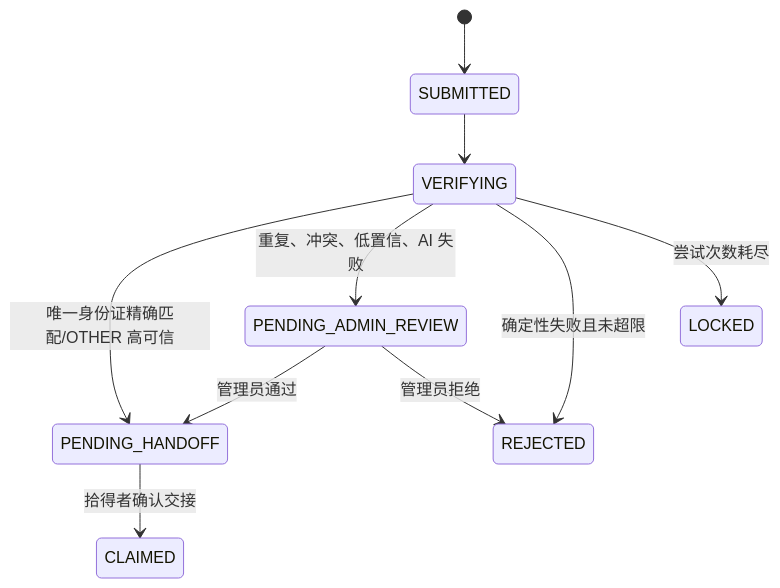
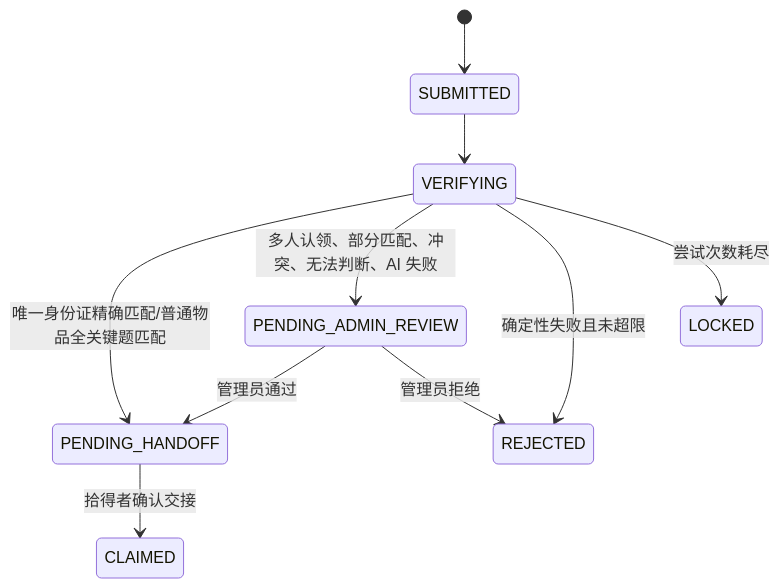
The tenth of 11 diagrams in docs/design/end-to-end-system-design.md (xushengyu1/day56-submission), drawn with Mermaid before and after one commit. The commit also changed other lines of this file and 30 other files, not shown here.

````diff
--- a/docs/design/end-to-end-system-design.md
+++ b/docs/design/end-to-end-system-design.md
@@ -1297,12 +1233,12 @@
 ```mermaid
 stateDiagram-v2
     [*] --> SUBMITTED
     SUBMITTED --> VERIFYING
-    VERIFYING --> PENDING_HANDOFF: 唯一身份证精确匹配/OTHER 高可信
-    VERIFYING --> PENDING_ADMIN_REVIEW: 重复、冲突、低置信、AI 失败
+    VERIFYING --> PENDING_HANDOFF: 唯一身份证精确匹配/普通物品全关键题匹配
+    VERIFYING --> PENDING_ADMIN_REVIEW: 多人认领、部分匹配、冲突、无法判断、AI 失败
     VERIFYING --> REJECTED: 确定性失败且未超限
     VERIFYING --> LOCKED: 尝试次数耗尽
     PENDING_ADMIN_REVIEW --> PENDING_HANDOFF: 管理员通过
     PENDING_ADMIN_REVIEW --> REJECTED: 管理员拒绝
     PENDING_HANDOFF --> CLAIMED: 拾得者确认交接
 ```
````
